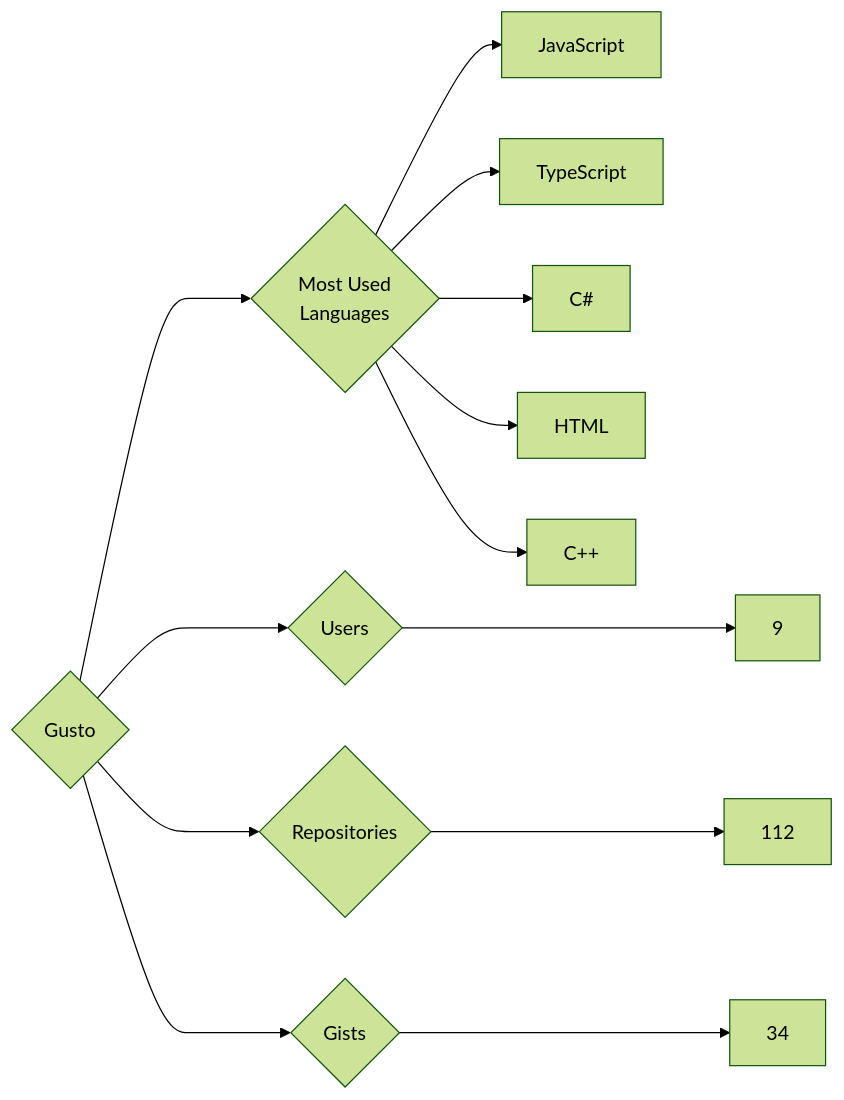
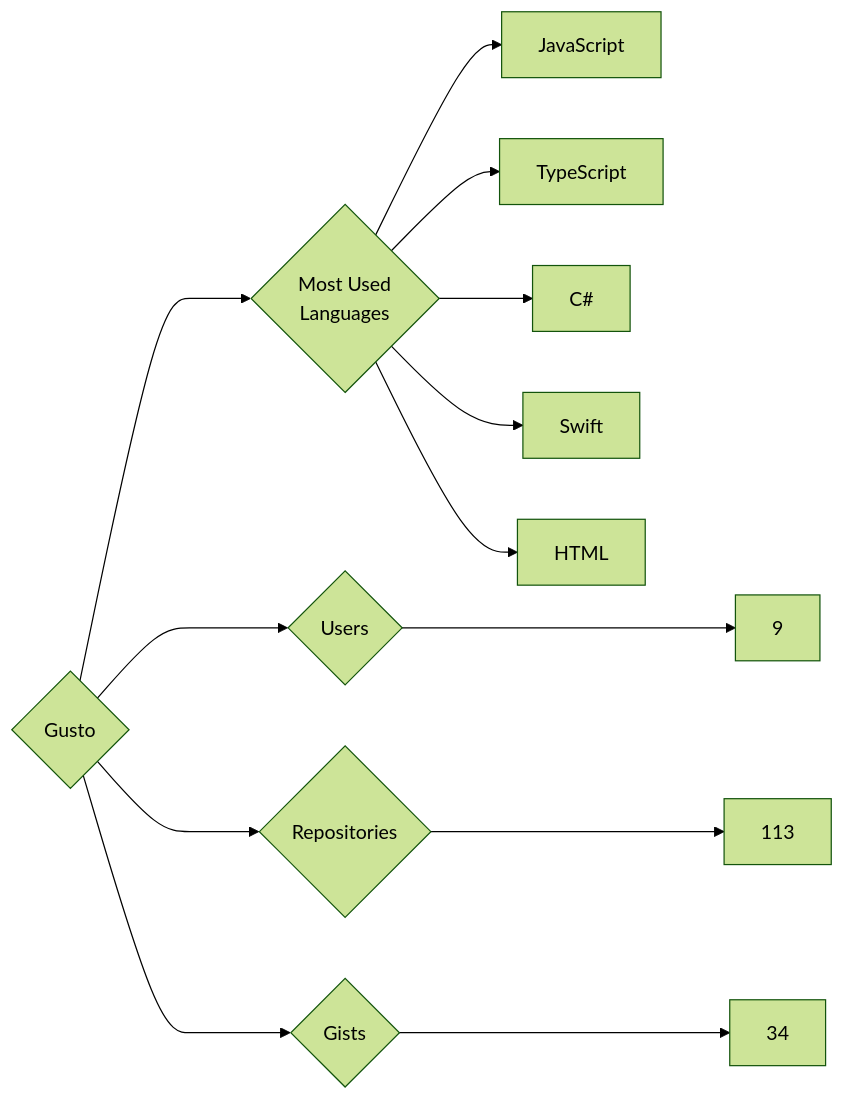
One commit to trickest/insiders changed the diagram in targets/Gusto/README.md. Above: the diagram before and after it, drawn with Mermaid (forest theme). The commit also changed 895 other files, not shown here.

````diff
--- a/targets/Gusto/README.md
+++ b/targets/Gusto/README.md
@@ -3,13 +3,13 @@
 ```mermaid
 graph LR
 COMPANY_NAME{Gusto}
 COMPANY_NAME ---> U{Users} ---> UN[9]
-COMPANY_NAME ---> R{Repositories} ---> RN[112]
+COMPANY_NAME ---> R{Repositories} ---> RN[113]
 COMPANY_NAME ---> G{Gists} ---> GN[34]
 COMPANY_NAME ---> ML{Most Used<br>Languages}
 ML --> JavaScript[JavaScript]
 ML --> TypeScript[TypeScript]
 ML --> C#[C#]
+ML --> Swift[Swift]
 ML --> HTML[HTML]
-ML --> C++[C++]
 ```
````
